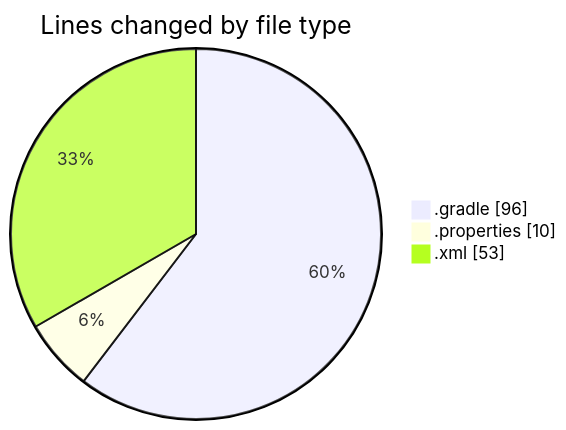
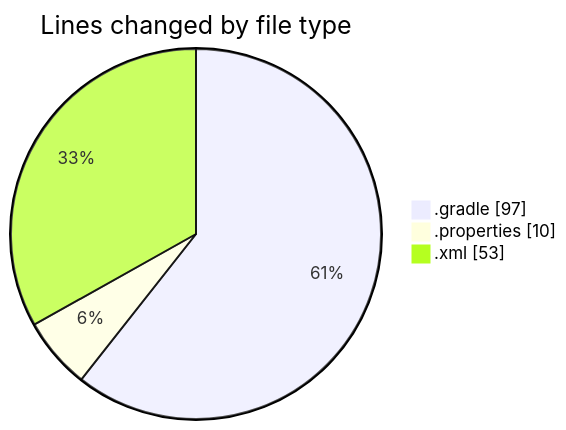
Before and after one commit to donsfak/code-tracking: the first of 2 diagrams in 2025-02-01/maps_clone/README.md, drawn with Mermaid. The commit also changed other lines of this file and 1 other file, not shown here.

````diff
--- a/2025-02-01/maps_clone/README.md
+++ b/2025-02-01/maps_clone/README.md
@@ -25,7 +25,7 @@
 ```mermaid
 pie showData
 title Lines changed by file type
-".gradle" : 96
+".gradle" : 97
 ".properties" : 10
 ".xml" : 53
 ```
````
